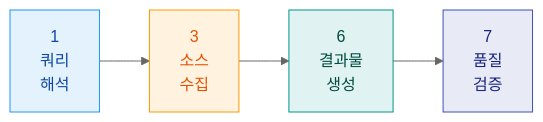
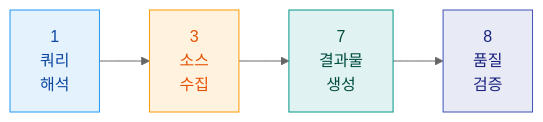
One commit to kipeum86/general-legal-research changed the second of 3 diagrams in docs/ko/README.md. Above: the diagram before and after it, drawn with Mermaid (neutral theme). The commit also changed other lines of this file and 26 other files, not shown here.

````diff
--- a/docs/ko/README.md
+++ b/docs/ko/README.md
@@ -108,11 +113,11 @@
 ```mermaid
 flowchart LR
     Q1["1\n쿼리\n해석"] --> Q3["3\n소스\n수집"]
-    Q3 --> Q6["6\n결과물\n생성"]
-    Q6 --> Q7["7\n품질\n검증"]
+    Q3 --> Q7["7\n결과물\n생성"]
+    Q7 --> Q8["8\n품질\n검증"]
 
     style Q1 fill:#e3f2fd,stroke:#2196f3,color:#0d47a1
     style Q3 fill:#fff3e0,stroke:#ff9800,color:#e65100
-    style Q6 fill:#e0f2f1,stroke:#009688,color:#004d40
-    style Q7 fill:#e8eaf6,stroke:#3f51b5,color:#1a237e
+    style Q7 fill:#e0f2f1,stroke:#009688,color:#004d40
+    style Q8 fill:#e8eaf6,stroke:#3f51b5,color:#1a237e
 ```
````
